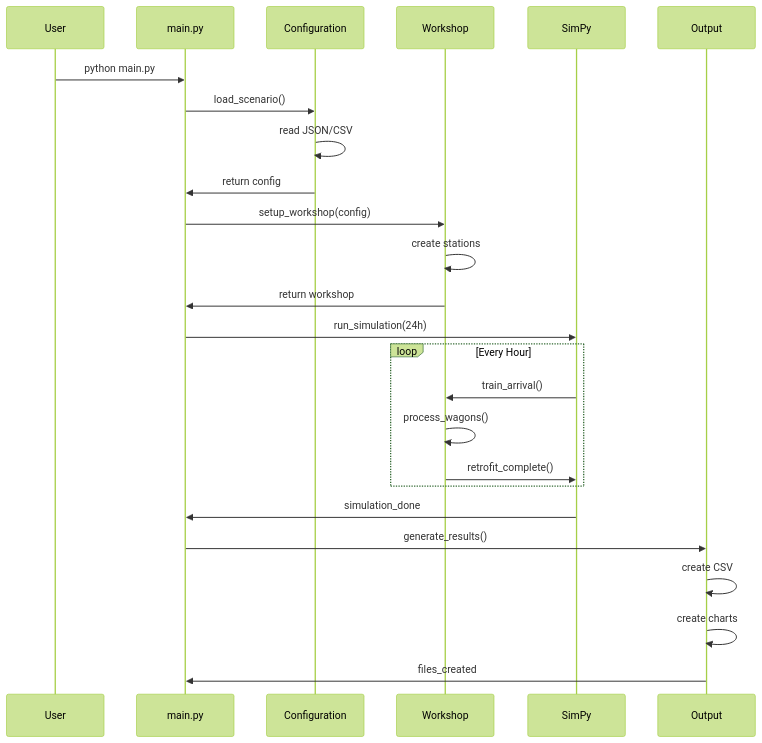
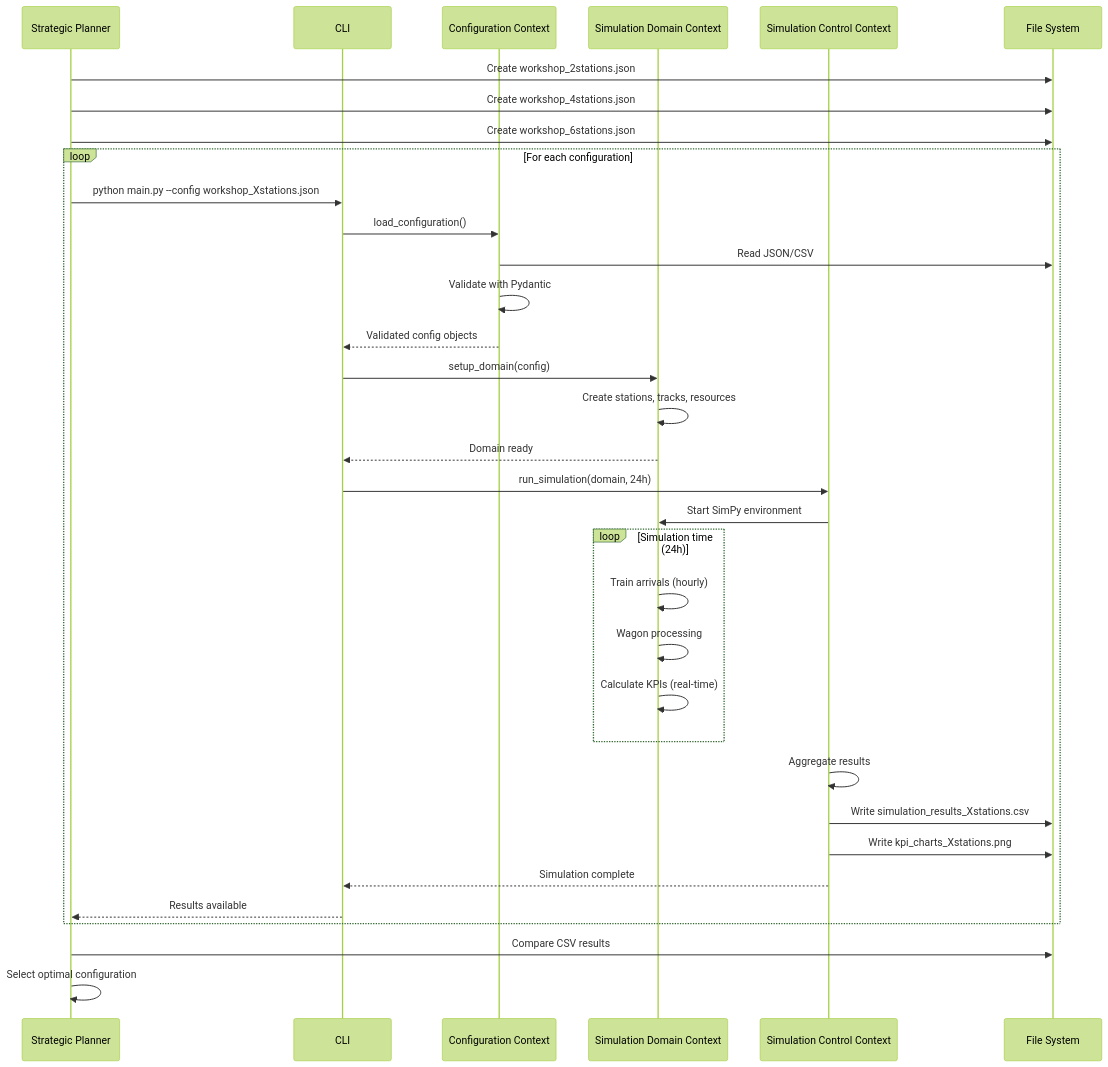
The first of 8 diagrams in docs/mvp/architecture/06-runtime.md (OpenRailAssociation/dac-migration-dss-popupsim), drawn with Mermaid (forest theme) before and after one commit. The commit also changed other lines of this file and 19 other files, not shown here.

First line of the commit message:
docs(pages): 📝 update MVP architecture

````diff
--- a/docs/mvp/architecture/06-runtime.md
+++ b/docs/mvp/architecture/06-runtime.md
@@ -7,34 +15,43 @@
 ```mermaid
 sequenceDiagram
-    participant User as User
-    participant Main as main.py
-    participant Config as Configuration
-    participant Workshop as Workshop
-    participant SimPy as SimPy
-    participant Output as Output
+    participant Planner as Strategic Planner
+    participant CLI as CLI
+    participant Config as Configuration Context
+    participant Domain as Simulation Domain Context
+    participant Control as Simulation Control Context
+    participant Files as File System
 
-    User->>Main: python main.py
-
-    Main->>Config: load_scenario()
-    Config->>Config: read JSON/CSV
-    Config->>Main: return config
-
-    Main->>Workshop: setup_workshop(config)
-    Workshop->>Workshop: create stations
-    Workshop->>Main: return workshop
-
-    Main->>SimPy: run_simulation(24h)
-
-    loop Every Hour
-        SimPy->>Workshop: train_arrival()
-        Workshop->>Workshop: process_wagons()
-        Workshop->>SimPy: retrofit_complete()
+    Planner->>Files: Create workshop_2stations.json
+    Planner->>Files: Create workshop_4stations.json
+    Planner->>Files: Create workshop_6stations.json
+    
+    loop For each configuration
+        Planner->>CLI: python main.py --config workshop_Xstations.json
+        CLI->>Config: load_configuration()
+        Config->>Files: Read JSON/CSV
+        Config->>Config: Validate with Pydantic
+        Config-->>CLI: Validated config objects
+        
+        CLI->>Domain: setup_domain(config)
+        Domain->>Domain: Create stations, tracks, resources
+        Domain-->>CLI: Domain ready
+        
+        CLI->>Control: run_simulation(domain, 24h)
+        Control->>Domain: Start SimPy environment
+        
+        loop Simulation time (24h)
+            Domain->>Domain: Train arrivals (hourly)
+            Domain->>Domain: Wagon processing
+            Domain->>Domain: Calculate KPIs (real-time)
+        end
+        
+        Control->>Control: Aggregate results
+        Control->>Files: Write simulation_results_Xstations.csv
+        Control->>Files: Write kpi_charts_Xstations.png
+        Control-->>CLI: Simulation complete
+        CLI-->>Planner: Results available
     end
-
-    SimPy->>Main: simulation_done
-
-    Main->>Output: generate_results()
-    Output->>Output: create CSV
-    Output->>Output: create charts
-    Output->>Main: files_created
+    
+    Planner->>Files: Compare CSV results
+    Planner->>Planner: Select optimal configuration
 ```
````
